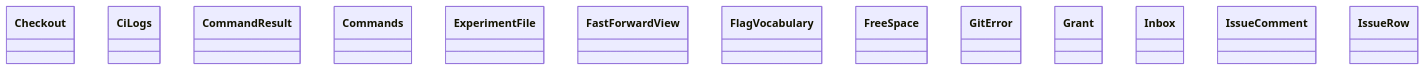
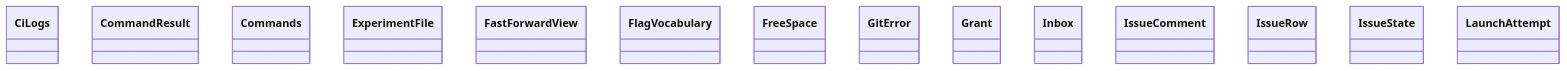
The diagram in docs/architecture/generated/classes-process-application-support-2.md (GonzaloZevallos/agentic-system), drawn with Mermaid before and after one commit. The commit also changed 6 other files, not shown here.

````diff
--- a/docs/architecture/generated/classes-process-application-support-2.md
+++ b/docs/architecture/generated/classes-process-application-support-2.md
@@ -16,16 +16,17 @@
 ```mermaid
 classDiagram
-    class ports__Checkout["Checkout"]
     class ports__CiLogs["CiLogs"]
     class ports__CommandResult["CommandResult"]
     class ports__Commands["Commands"]
     class ports__ExperimentFile["ExperimentFile"]
     class ports__FastForwardView["FastForwardView"]
     class ports__FlagVocabulary["FlagVocabulary"]
     class ports__FreeSpace["FreeSpace"]
     class ports__GitError["GitError"]
     class ports__Grant["Grant"]
     class ports__Inbox["Inbox"]
     class ports__IssueComment["IssueComment"]
     class ports__IssueRow["IssueRow"]
+    class ports__IssueState["IssueState"]
+    class ports__LaunchAttempt["LaunchAttempt"]
 ```
````
